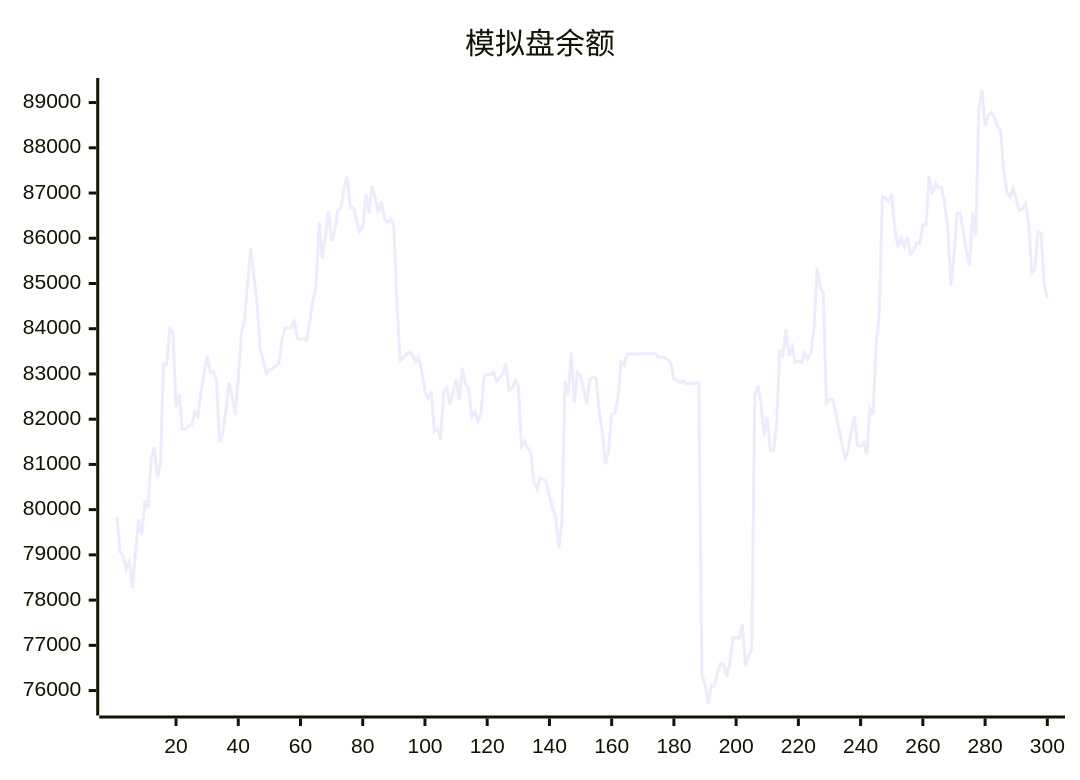
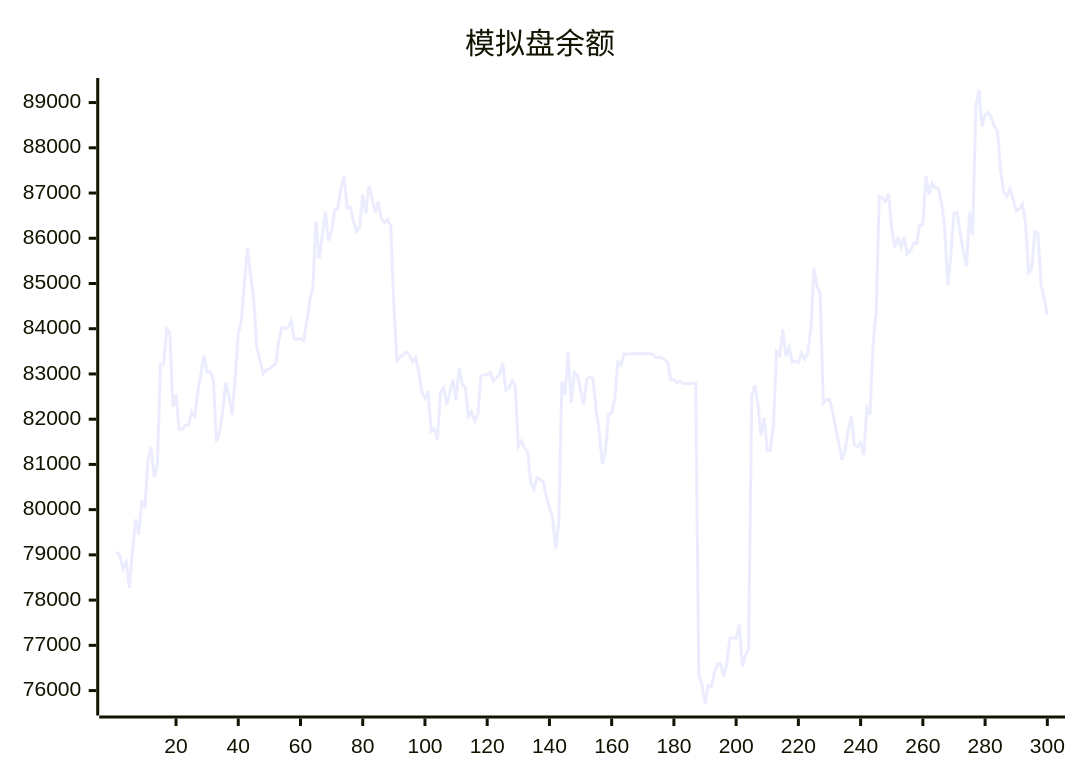
Before and after one commit to aahl/ai-trading: the diagram in README.md, drawn with Mermaid. The commit also changed other lines of this file and 1 other file, not shown here.

````diff
--- a/README.md
+++ b/README.md
@@ -5,5 +5,5 @@
 ```mermaid
 xychart
     title "模拟盘余额"
-    line [79841,79072,78978,78696,78846,78272,79085,79787,79442,80198,80031,81120,81379,80718,80985,83214,83212,83993,83921,82270,82547,81776,81776,81866,81866,82158,82061,82596,83000,83408,83041,83050,82858,81503,81691,82188,82812,82517,82092,82901,83898,84180,85030,85781,85178,84604,83569,83298,83008,83093,83107,83175,83228,83729,84025,84017,84019,84177,83775,83762,83785,83738,84160,84639,84939,86370,85548,86046,86599,85942,86161,86622,86664,87115,87369,86666,86685,86384,86152,86243,86969,86548,87164,86885,86566,86809,86427,86348,86417,86273,84538,83299,83369,83430,83490,83404,83270,83362,83056,82605,82459,82614,81734,81788,81551,82598,82702,82320,82580,82878,82426,83139,82778,82686,82056,82166,81963,82110,82951,82983,82984,83038,82838,82915,82998,83235,82642,82682,82858,82746,81396,81512,81362,81277,80600,80461,80699,80673,80616,80288,80038,79836,79142,79722,82837,82533,83480,82366,83032,82960,82654,82330,82883,82934,82901,82188,81728,81005,81298,82110,82135,82449,83264,83203,83440,83439,83440,83440,83446,83447,83448,83447,83448,83449,83369,83369,83369,83313,83256,82872,82873,82801,82844,82785,82791,82791,82793,82794,76339,76145,75714,76110,76096,76397,76594,76585,76310,76607,77160,77170,77160,77456,76541,76774,76927,82520,82744,82337,81639,82040,81307,81314,81887,83490,83414,83984,83396,83594,83261,83287,83253,83470,83327,83465,83987,85348,84930,84786,82355,82433,82438,82167,81795,81466,81105,81315,81756,82064,81426,81398,81481,81210,82242,82099,83658,84359,86925,86892,86814,86980,86203,85802,86003,85811,86028,85657,85721,85896,85880,86300,86299,87378,86965,87214,87115,87118,86780,86238,84966,85623,86555,86562,86129,85722,85387,86569,86070,88870,89278,88477,88720,88781,88668,88467,88372,87493,87018,86917,87102,86870,86613,86644,86758,86317,85242,85334,86149,86106,84968,84671]
+    line [79072,78978,78696,78846,78272,79085,79787,79442,80198,80031,81120,81379,80718,80985,83214,83212,83993,83921,82270,82547,81776,81776,81866,81866,82158,82061,82596,83000,83408,83041,83050,82858,81503,81691,82188,82812,82517,82092,82901,83898,84180,85030,85781,85178,84604,83569,83298,83008,83093,83107,83175,83228,83729,84025,84017,84019,84177,83775,83762,83785,83738,84160,84639,84939,86370,85548,86046,86599,85942,86161,86622,86664,87115,87369,86666,86685,86384,86152,86243,86969,86548,87164,86885,86566,86809,86427,86348,86417,86273,84538,83299,83369,83430,83490,83404,83270,83362,83056,82605,82459,82614,81734,81788,81551,82598,82702,82320,82580,82878,82426,83139,82778,82686,82056,82166,81963,82110,82951,82983,82984,83038,82838,82915,82998,83235,82642,82682,82858,82746,81396,81512,81362,81277,80600,80461,80699,80673,80616,80288,80038,79836,79142,79722,82837,82533,83480,82366,83032,82960,82654,82330,82883,82934,82901,82188,81728,81005,81298,82110,82135,82449,83264,83203,83440,83439,83440,83440,83446,83447,83448,83447,83448,83449,83369,83369,83369,83313,83256,82872,82873,82801,82844,82785,82791,82791,82793,82794,76339,76145,75714,76110,76096,76397,76594,76585,76310,76607,77160,77170,77160,77456,76541,76774,76927,82520,82744,82337,81639,82040,81307,81314,81887,83490,83414,83984,83396,83594,83261,83287,83253,83470,83327,83465,83987,85348,84930,84786,82355,82433,82438,82167,81795,81466,81105,81315,81756,82064,81426,81398,81481,81210,82242,82099,83658,84359,86925,86892,86814,86980,86203,85802,86003,85811,86028,85657,85721,85896,85880,86300,86299,87378,86965,87214,87115,87118,86780,86238,84966,85623,86555,86562,86129,85722,85387,86569,86070,88870,89278,88477,88720,88781,88668,88467,88372,87493,87018,86917,87102,86870,86613,86644,86758,86317,85242,85334,86149,86106,84968,84671,84302]
 ```
````
